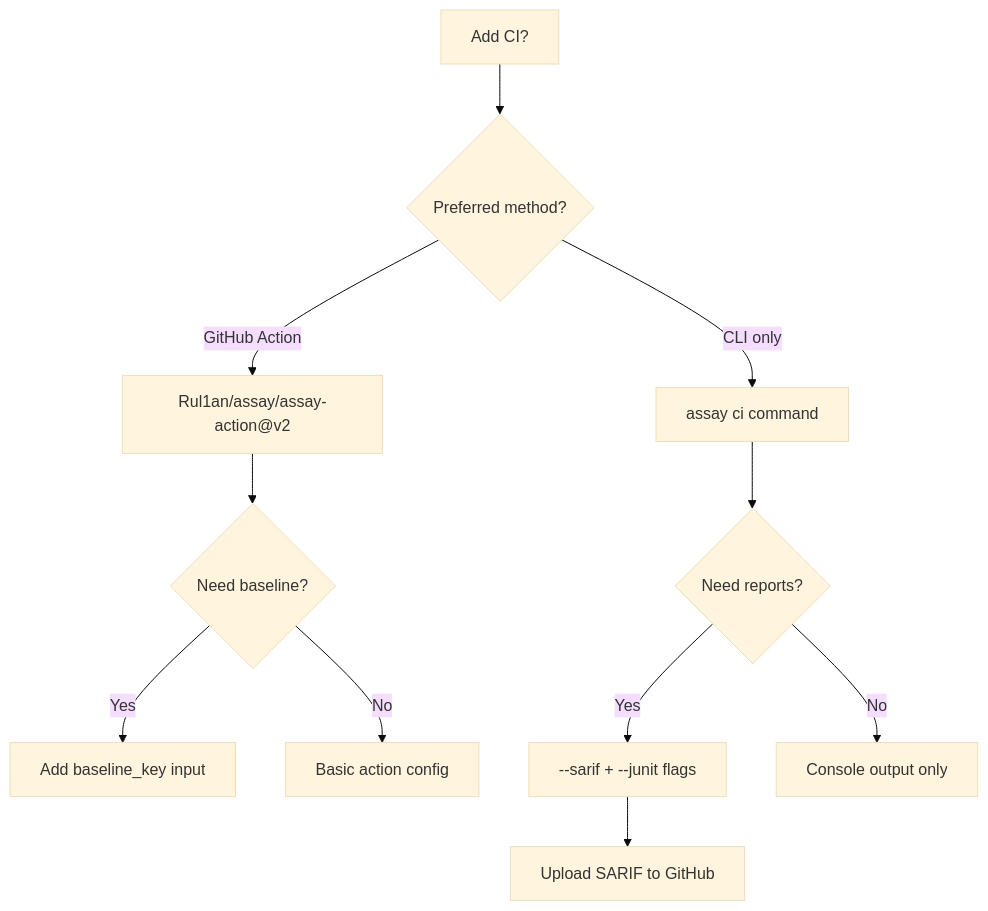
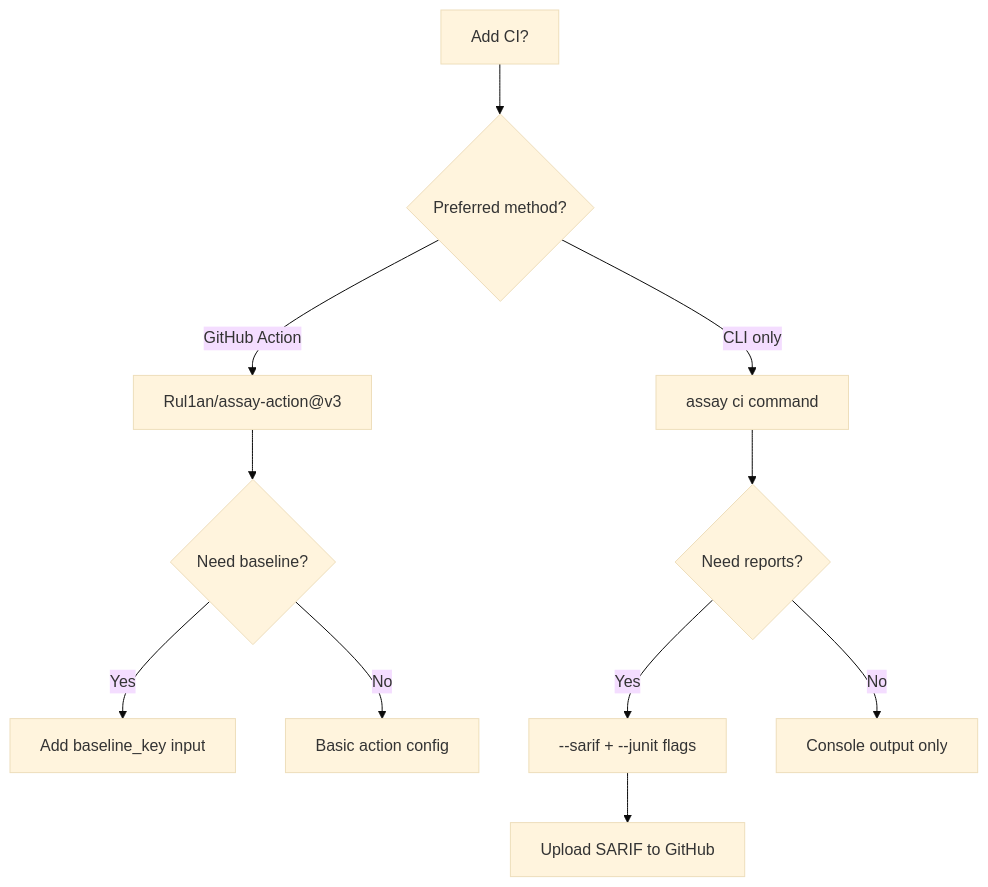
One commit to Rul1an/assay changed the fifth of 7 diagrams in docs/AIcontext/decision-trees.md. Above: the diagram before and after it, drawn with Mermaid (base theme). The commit also changed other lines of this file and 38 other files, not shown here.

First line of the commit message:
ci(action): pin Assay consumers to the published Action commit

````diff
--- a/docs/AIcontext/decision-trees.md
+++ b/docs/AIcontext/decision-trees.md
@@ -110,16 +110,16 @@
 ```mermaid
 flowchart TD
     START[Add CI?] --> METHOD{Preferred method?}
 
-    METHOD -->|GitHub Action| ACTION["Rul1an/assay/assay-action@v2"]
+    METHOD -->|GitHub Action| ACTION["Rul1an/assay-action@v3"]
     ACTION --> FEATURES{Need baseline?}
     FEATURES -->|Yes| BASELINE[Add baseline_key input]
     FEATURES -->|No| SIMPLE[Basic action config]
 
     METHOD -->|CLI only| CLI[assay ci command]
     CLI --> OUTPUTS{Need reports?}
     OUTPUTS -->|Yes| SARIF[--sarif + --junit flags]
     OUTPUTS -->|No| CONSOLE[Console output only]
 
     SARIF --> UPLOAD[Upload SARIF to GitHub]
 ```
````
